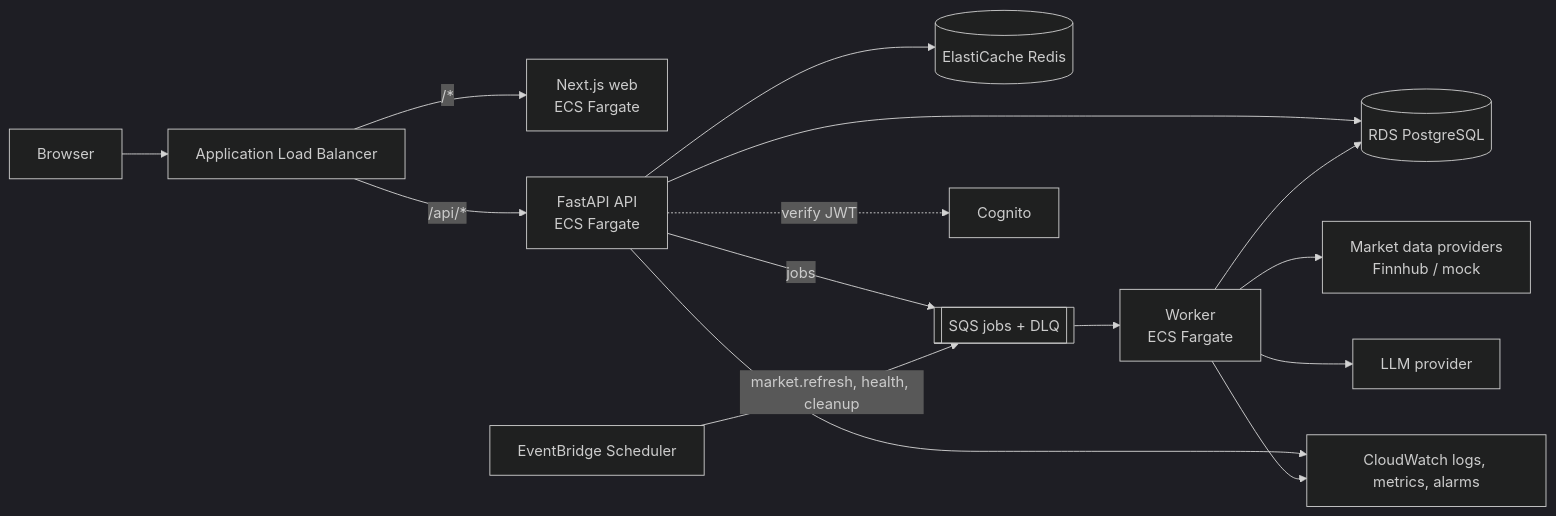
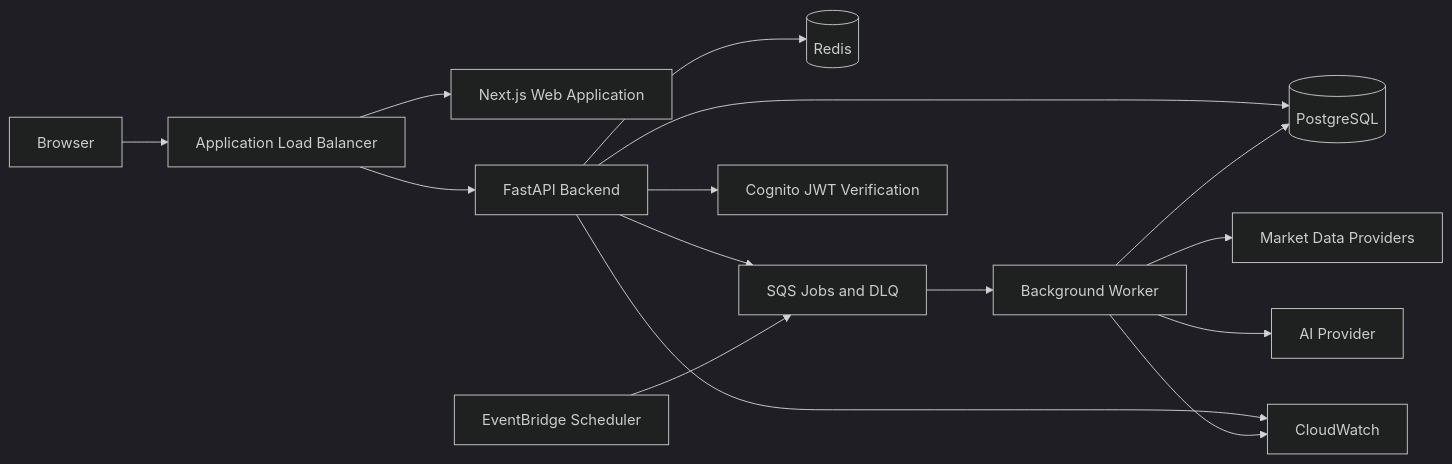
The diagram in README.md (sritejaswini15/Context-Aware-Meaningful-Market-Change-Detection-System), drawn with Mermaid (dark theme) before and after one commit. The commit also changed other lines of this file, not shown here.

````diff
--- a/README.md
+++ b/README.md
@@ -75,16 +161,25 @@
 ```mermaid
 flowchart LR
-  U[Browser] --> ALB[Application Load Balancer]
-  ALB -- "/*" --> WEB[Next.js web<br/>ECS Fargate]
-  ALB -- "/api/*" --> API[FastAPI API<br/>ECS Fargate]
-  API --> PG[(RDS PostgreSQL)]
-  API --> RC[(ElastiCache Redis)]
-  API -- jobs --> Q[[SQS jobs + DLQ]]
-  EB[EventBridge Scheduler] -- market.refresh, health, cleanup --> Q
-  Q --> W[Worker<br/>ECS Fargate]
-  W --> PG
-  W --> MD[Market data providers<br/>Finnhub / mock]
-  W --> AI[LLM provider]
-  API -. verify JWT .-> COG[Cognito]
-  API & W --> CW[CloudWatch logs, metrics, alarms]
+    U[Browser] --> ALB[Application Load Balancer]
+
+    ALB --> WEB[Next.js Web Application]
+    ALB --> API[FastAPI Backend]
+
+    API --> PG[(PostgreSQL)]
+    API --> RC[(Redis)]
+
+    API --> Q[SQS Jobs and DLQ]
+
+    EB[EventBridge Scheduler] --> Q
+
+    Q --> W[Background Worker]
+
+    W --> PG
+    W --> MD[Market Data Providers]
+    W --> AI[AI Provider]
+
+    API --> COG[Cognito JWT Verification]
+
+    API --> CW[CloudWatch]
+    W --> CW
 ```
````
